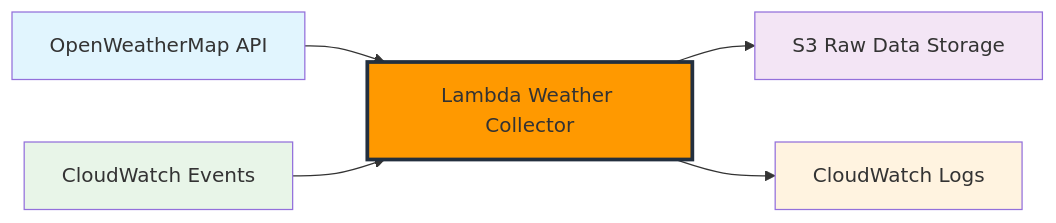
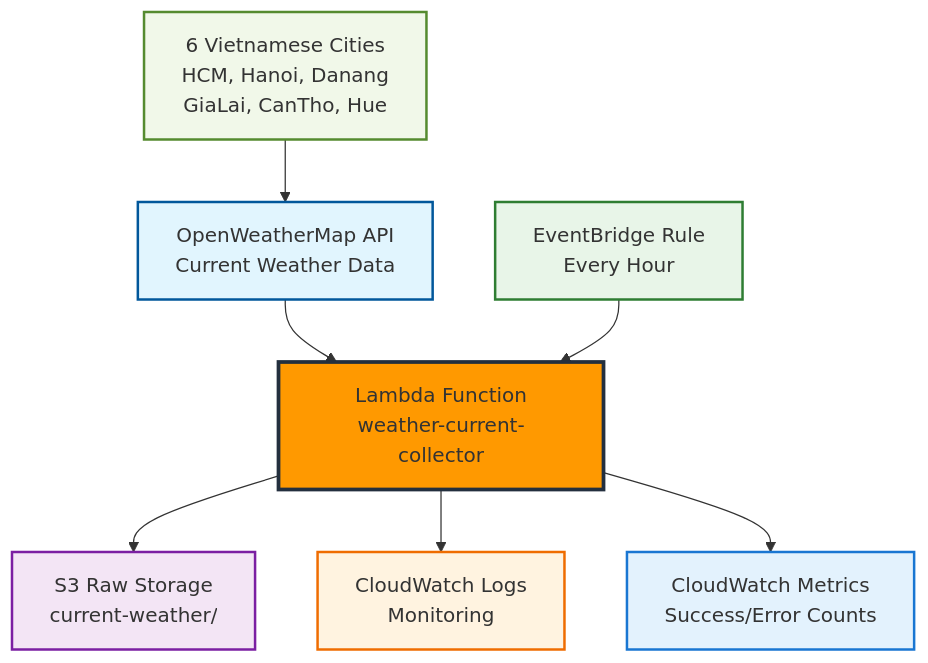
The diagram in content/2-data-collection-openweathermap/_index.vi.md (imvhuy/imvhuy.github.io), drawn with Mermaid before and after one commit. The commit also changed other lines of this file and 44 other files, not shown here.

````diff
--- a/content/2-data-collection-openweathermap/_index.vi.md
+++ b/content/2-data-collection-openweathermap/_index.vi.md
@@ -40,13 +37,18 @@
 ```mermaid
-graph LR
-    A[OpenWeatherMap API] --> B[Lambda Weather Collector]
-    C[CloudWatch Events] --> B
-    B --> D[S3 Raw Data Storage]
-    B --> E[CloudWatch Logs]
+graph TD
+    A[OpenWeatherMap API<br/>Current Weather Data] --> B[Lambda Function<br/>weather-current-collector]
+    C[EventBridge Rule<br/>Every Hour] --> B
+    B --> D[S3 Raw Storage<br/>current-weather/]
+    B --> E[CloudWatch Logs<br/>Monitoring]
+    B --> F[CloudWatch Metrics<br/>Success/Error Counts]
 
-    style A fill:#e1f5fe
+    G[6 Vietnamese Cities<br/>HCM, Hanoi, Danang<br/>GiaLai, CanTho, Hue] --> A
+
+    style A fill:#e1f5fe,stroke:#01579b,stroke-width:2px
     style B fill:#ff9900,stroke:#232f3e,stroke-width:3px
-    style C fill:#e8f5e8
-    style D fill:#f3e5f5
-    style E fill:#fff3e0    
+    style C fill:#e8f5e8,stroke:#2e7d32,stroke-width:2px
+    style D fill:#f3e5f5,stroke:#7b1fa2,stroke-width:2px
+    style E fill:#fff3e0,stroke:#ef6c00,stroke-width:2px
+    style F fill:#e3f2fd,stroke:#1976d2,stroke-width:2px
+    style G fill:#f1f8e9,stroke:#558b2f,stroke-width:2px
 ```
````
